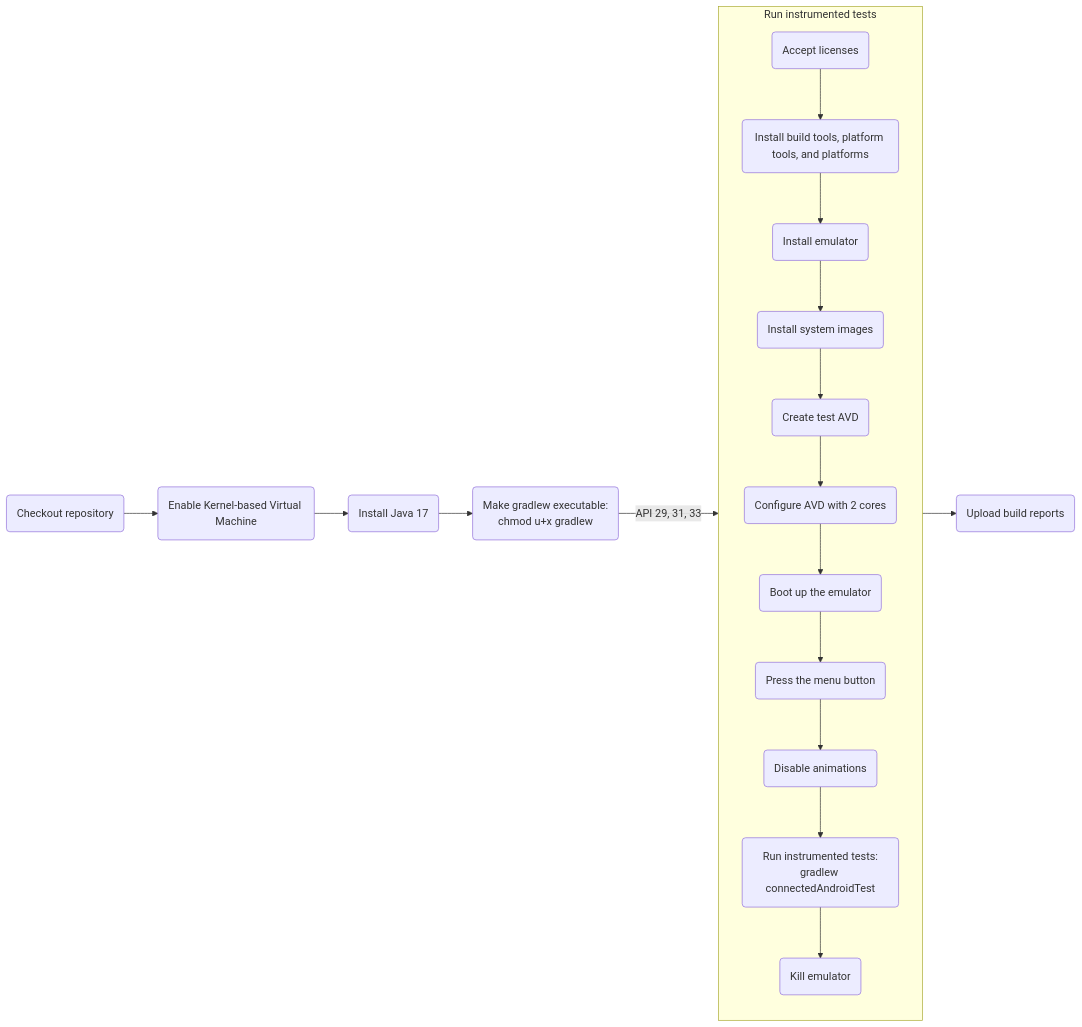
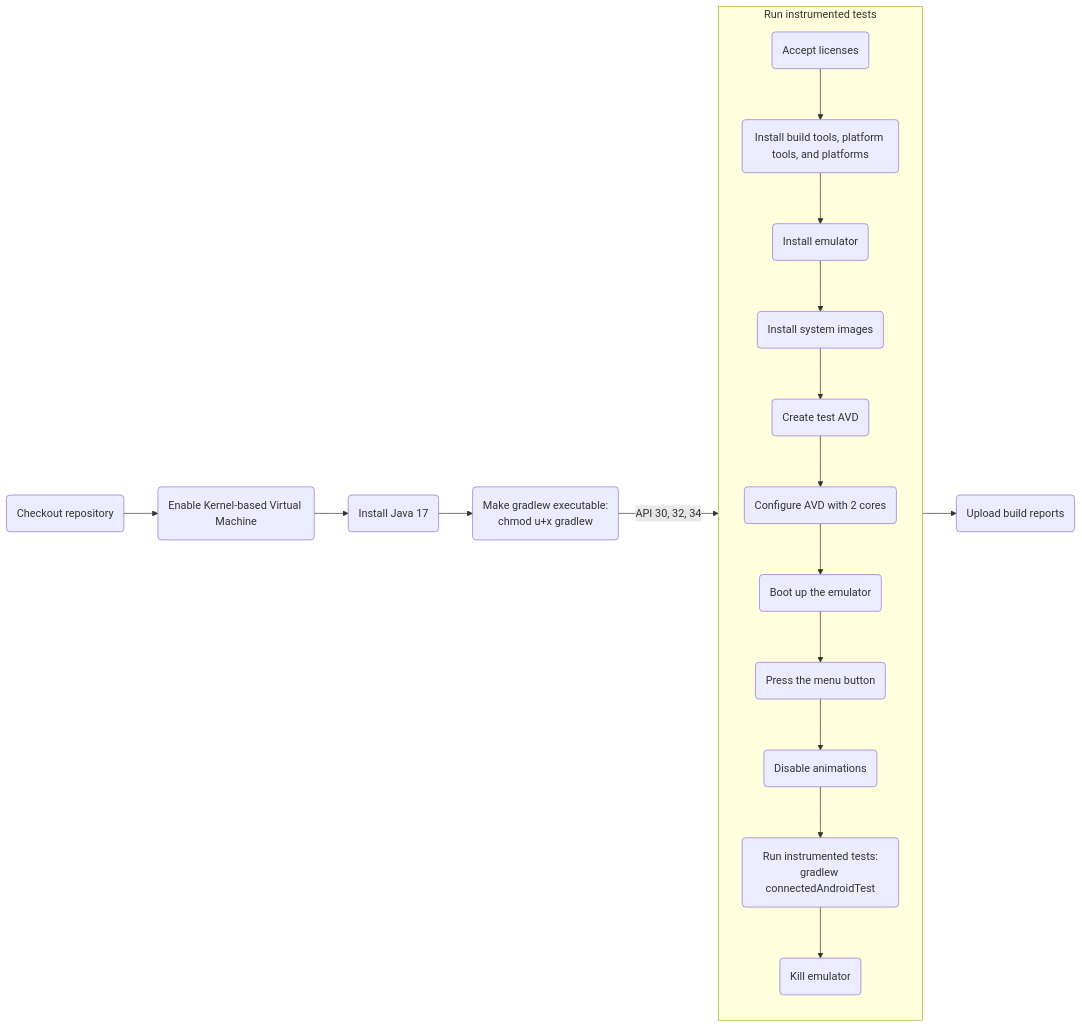
One commit to Abhiek187/ez-recipes-android changed the second of 4 diagrams in README.md. Above: the diagram before and after it, drawn with Mermaid. The commit also changed 1 other file, not shown here.

Commit message:
Increment API levels for testing

````diff
--- a/README.md
+++ b/README.md
@@ -58,23 +58,23 @@
 ```mermaid
 flowchart LR
 
 A(Checkout repository) --> B(Enable Kernel-based Virtual Machine)
 B --> C(Install Java 17)
 C --> D(Make gradlew executable:\nchmod u+x gradlew)
-D -->|API 29, 31, 33| E
+D -->|API 30, 32, 34| E
 E --> F(Upload build reports)
 
 subgraph E [Run instrumented tests]
 direction TB
 G(Accept licenses) --> H(Install build tools, platform tools, and platforms)
 H --> I(Install emulator)
 I --> J(Install system images)
 J --> K(Create test AVD)
 K --> L(Configure AVD with 2 cores)
 L --> M(Boot up the emulator)
 M --> N(Press the menu button)
 N --> O(Disable animations)
 O --> P(Run instrumented tests:\ngradlew connectedAndroidTest)
 P --> Q(Kill emulator)
 end
 ```
````
